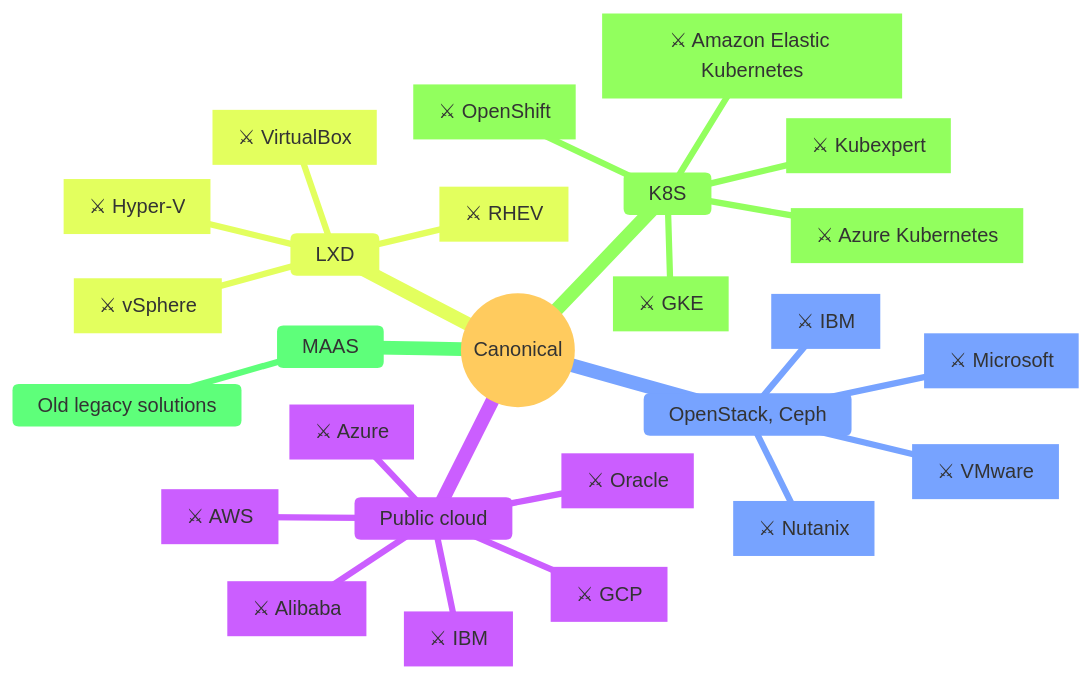
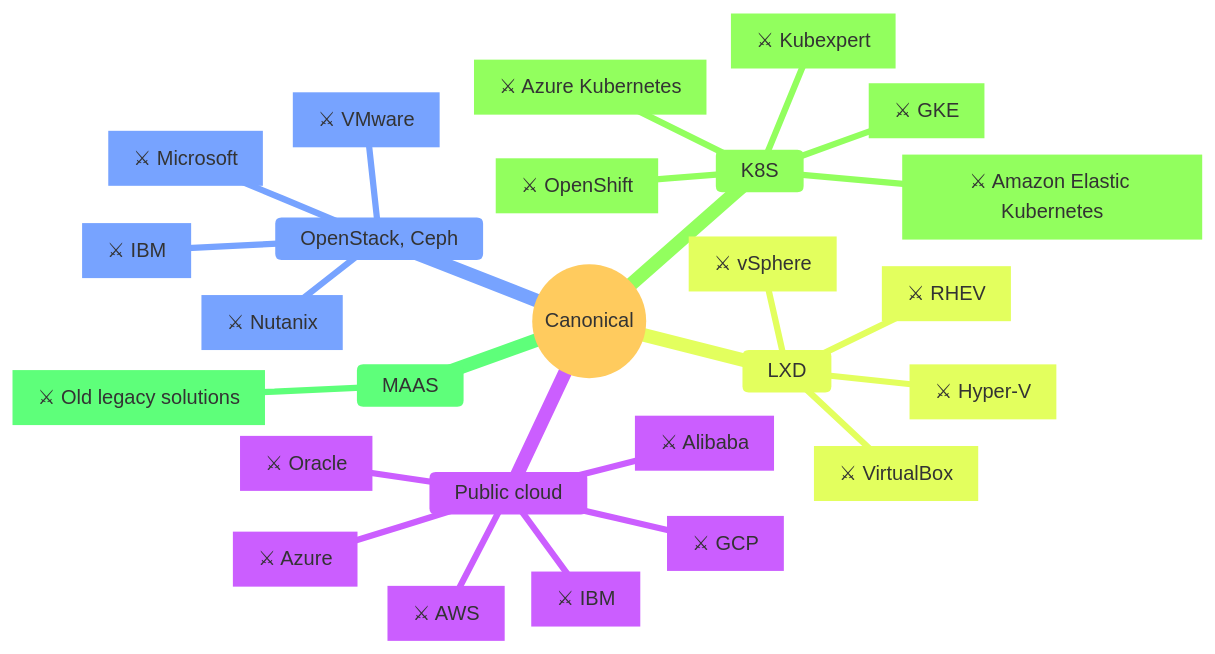
The second of 2 diagrams in README.md (leshikus/canonical-ecosystem-mindmap), drawn with Mermaid before and after one commit.

Commit message:
Add consultancy, r1

````diff
--- a/README.md
+++ b/README.md
@@ -35,30 +35,30 @@
 ```mermaid
 %%{init: {'theme': 'base'}}%%
 mindmap
   root((Canonical))
     Public cloud
       aws["#9876; AWS"]
       azure["#9876; Azure"]
       gcp["#9876; GCP"]
       alibaba["#9876; Alibaba"]
       oracle["#9876; Oracle"]
       ibm["#9876; IBM"]
     OpenStack, Ceph
       vmware["#9876; VMware"]
       ms["#9876; Microsoft"]
       ibm["#9876; IBM"]
       nutanix["#9876; Nutanix"]
     LXD
       virtualbox["#9876; VirtualBox"]
       hyperv["#9876; Hyper-V"]
       vsphere["#9876; vSphere"]
       rhev["#9876; RHEV"]
     K8S
       openshift["#9876; OpenShift"]
       aek["#9876; Amazon Elastic Kubernetes"]
       ak["#9876; Azure Kubernetes"]
       gke["#9876; GKE"]
       kubexpert["#9876; Kubexpert"]
     MAAS
-      Old legacy solutions
+      legacy["#9876; Old legacy solutions"]
 ```
````
